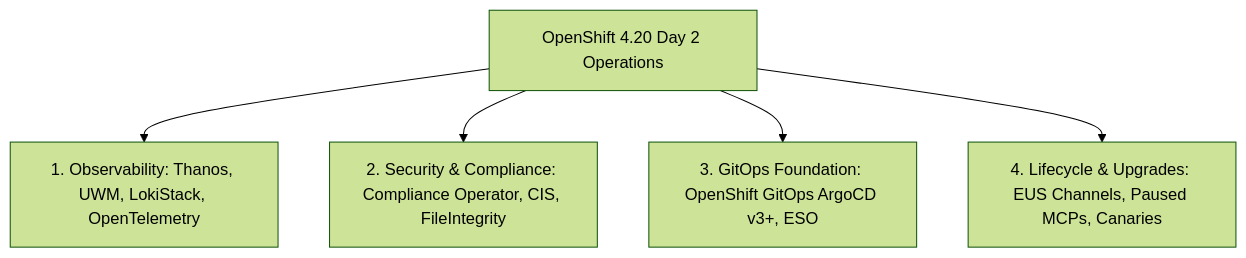
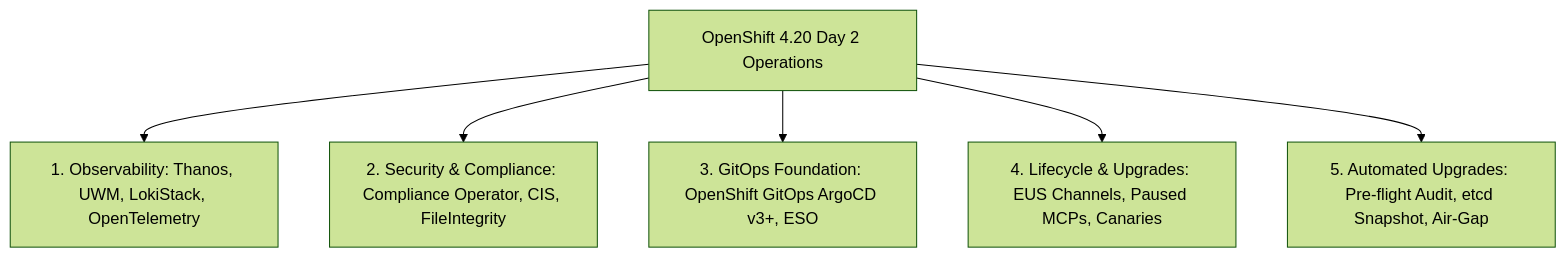
Before and after one commit to nubenetes/openshift-4-20-installation-day0-day2: the diagram in docs/07-day2-operations/README.md, drawn with Mermaid (forest theme). The commit also changed other lines of this file and 33 other files, not shown here.

Commit message:
feat: add numbered step-by-step procedures, helper node architecture, and automated upgrade scripts

````diff
--- a/docs/07-day2-operations/README.md
+++ b/docs/07-day2-operations/README.md
@@ -9,7 +9,8 @@
 ```mermaid
 flowchart TD
     D2[OpenShift 4.20 Day 2 Operations] --> Obs[1. Observability: Thanos, UWM, LokiStack, OpenTelemetry]
     D2 --> Sec[2. Security & Compliance: Compliance Operator, CIS, FileIntegrity]
     D2 --> GitOps[3. GitOps Foundation: OpenShift GitOps ArgoCD v3+, ESO]
     D2 --> Upgrades[4. Lifecycle & Upgrades: EUS Channels, Paused MCPs, Canaries]
+    D2 --> AutoUpgrades[5. Automated Upgrades: Pre-flight Audit, etcd Snapshot, Air-Gap]
 ```
````
